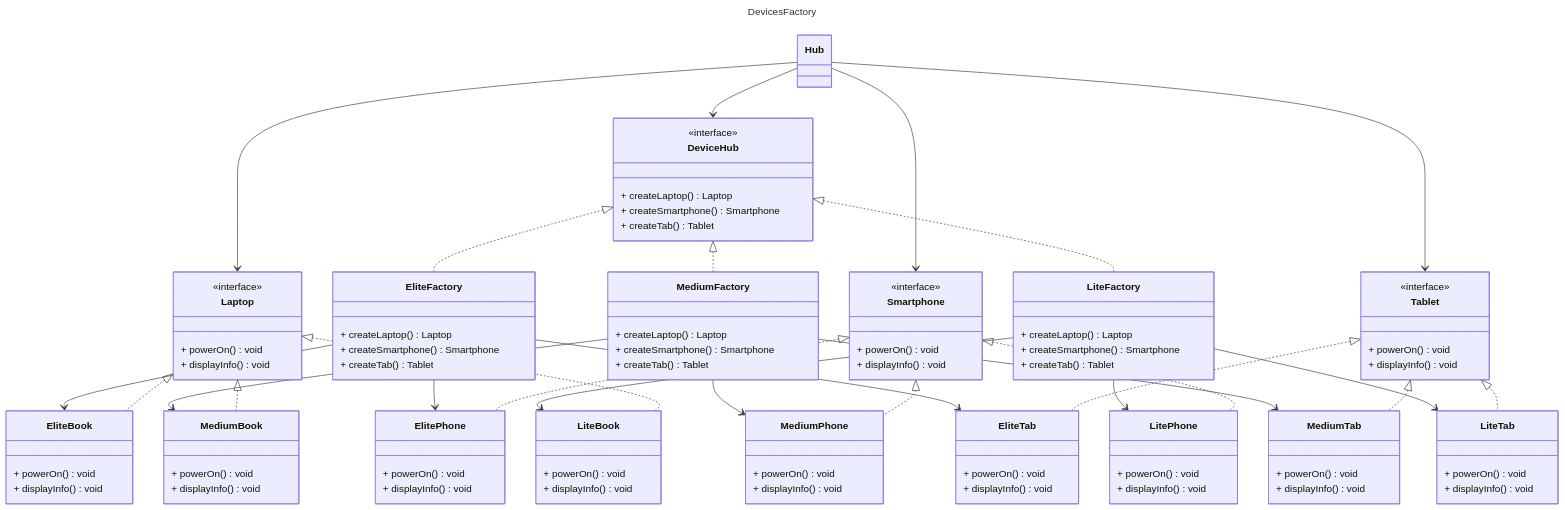
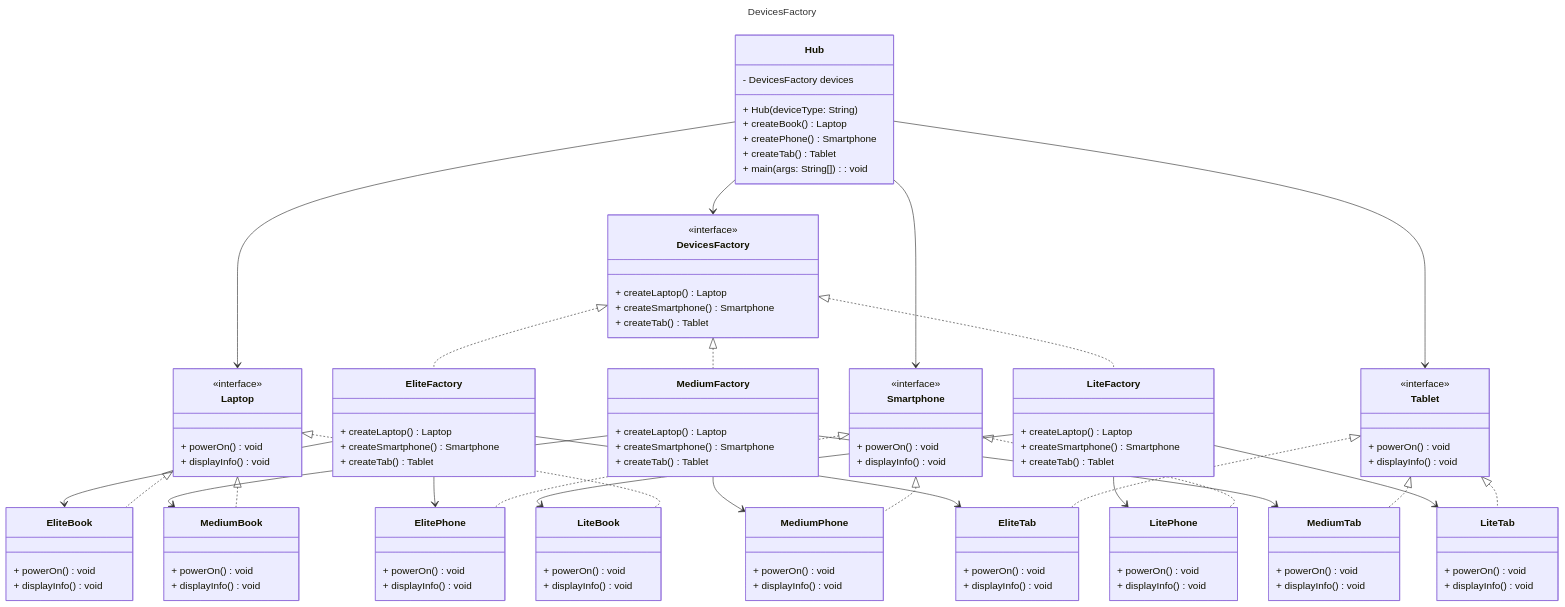
The diagram in AbstractFactory/DevicesFactory/README.md (AlessandroFerrante/Java), drawn with Mermaid before and after one commit. The commit also changed other lines of this file, not shown here.

Commit message:
Update README (DevicesFactory)

```diff
--- a/AbstractFactory/DevicesFactory/README.md
+++ b/AbstractFactory/DevicesFactory/README.md
@@ -13,14 +13,14 @@
 title: DevicesFactory
 ---
 classDiagram
-    Hub --> DeviceHub
+    Hub --> DevicesFactory
     Hub --> Laptop
     Hub --> Smartphone
     Hub --> Tablet
-
-    DeviceHub <|.. EliteFactory
-    DeviceHub <|.. MediumFactory
-    DeviceHub <|.. LiteFactory
+    
+    DevicesFactory <|.. EliteFactory
+    DevicesFactory <|.. MediumFactory
+    DevicesFactory <|.. LiteFactory
 
     Laptop <|.. EliteBook
     Laptop <|.. MediumBook
@@ -42,14 +42,21 @@
     LiteFactory --> LitePhone 
     LiteFactory --> LiteTab    
 
-    <<interface>> DeviceHub
+    <<interface>> DevicesFactory
     <<interface>> Laptop
     <<interface>> Smartphone
     <<interface>> Tablet
-    class Hub{
-        
+    
+    class Hub {
+        - DevicesFactory devices
+        + Hub(deviceType: String)
+        + createBook() Laptop
+        + createPhone() Smartphone
+        + createTab() Tablet
+        + main(args: String[]) : void
     }
-    class DeviceHub {
+
+    class DevicesFactory {
         + createLaptop() Laptop
         + createSmartphone() Smartphone
         + createTab() Tablet
```
